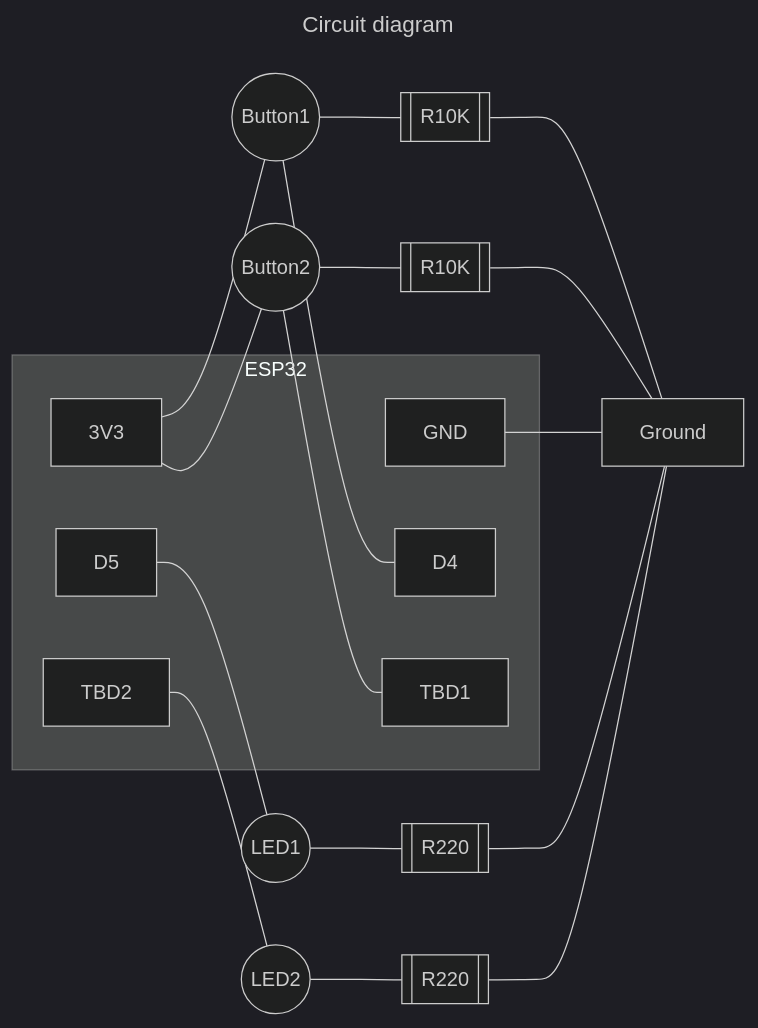
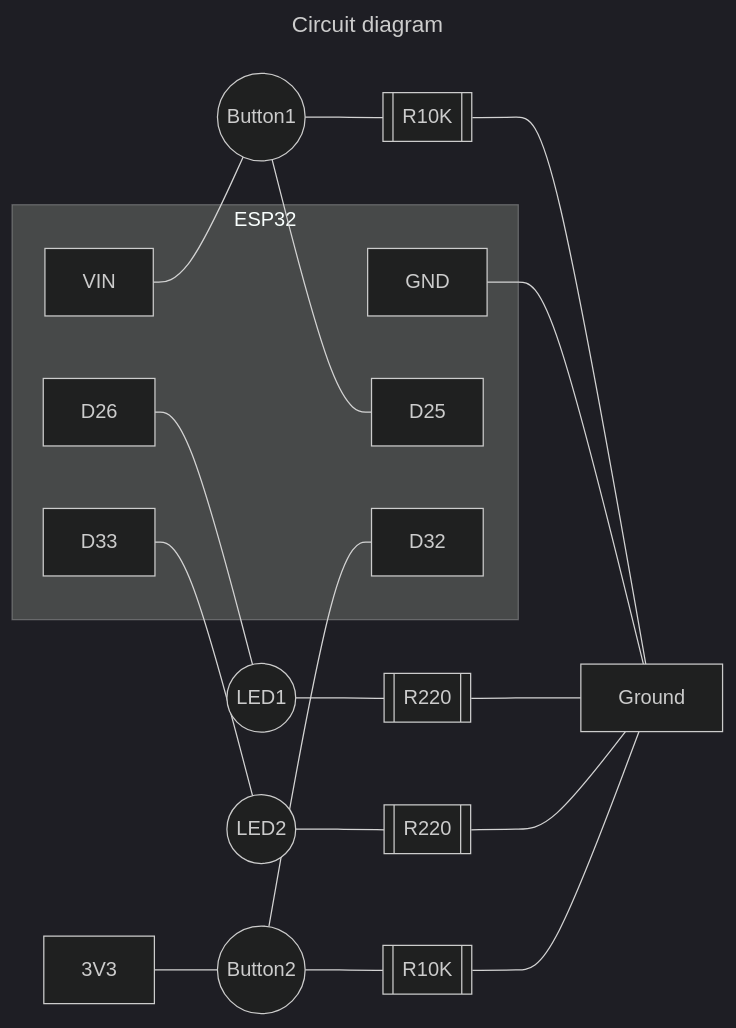
The diagram in TwoButtonInput/README.md (ddwheele/esp32-home-projects), drawn with Mermaid (dark theme) before and after one commit.

Commit message:
Correct the pin numbers

````diff
--- a/TwoButtonInput/README.md
+++ b/TwoButtonInput/README.md
@@ -9,31 +9,31 @@
 ```mermaid
 ---
 title: Circuit diagram
 ---
 
 graph LR
 	subgraph ESP32
-	3V3
+	VIN
 	GND
-	D4
-	D5
-	TBD1
-	TBD2
+	D25
+	D26
+	D32
+	D33
 	end
 	GND --- Ground
 	B1((Button1))
 	B2((Button2))
 	R1_10K[[R10K]]
 	R1_220[[R220]]
 	R2_10K[[R10K]]
 	R2_220[[R220]]
 	L1((LED1))
 	L2((LED2))
-	3V3 --- B1
+	VIN --- B1
 	B1 --- R1_10K --- Ground
-	B1 --- D4
-	D5 --- L1 --- R1_220 --- Ground
+	B1 --- D25
+	D26 --- L1 --- R1_220 --- Ground
 	3V3 --- B2 --- R2_10K --- Ground
-	B2 --- TBD1
-	TBD2 --- L2 --- R2_220 --- Ground
+	B2 --- D32
+	D33 --- L2 --- R2_220 --- Ground
 ```
````
